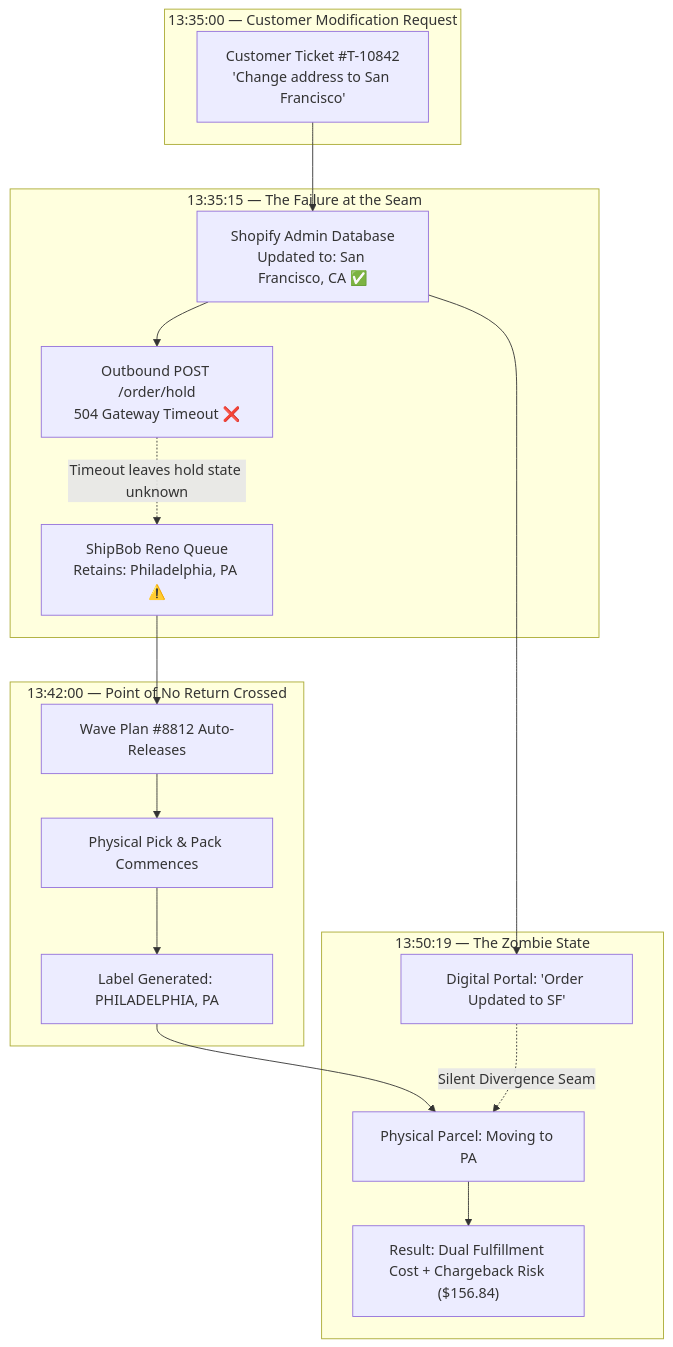
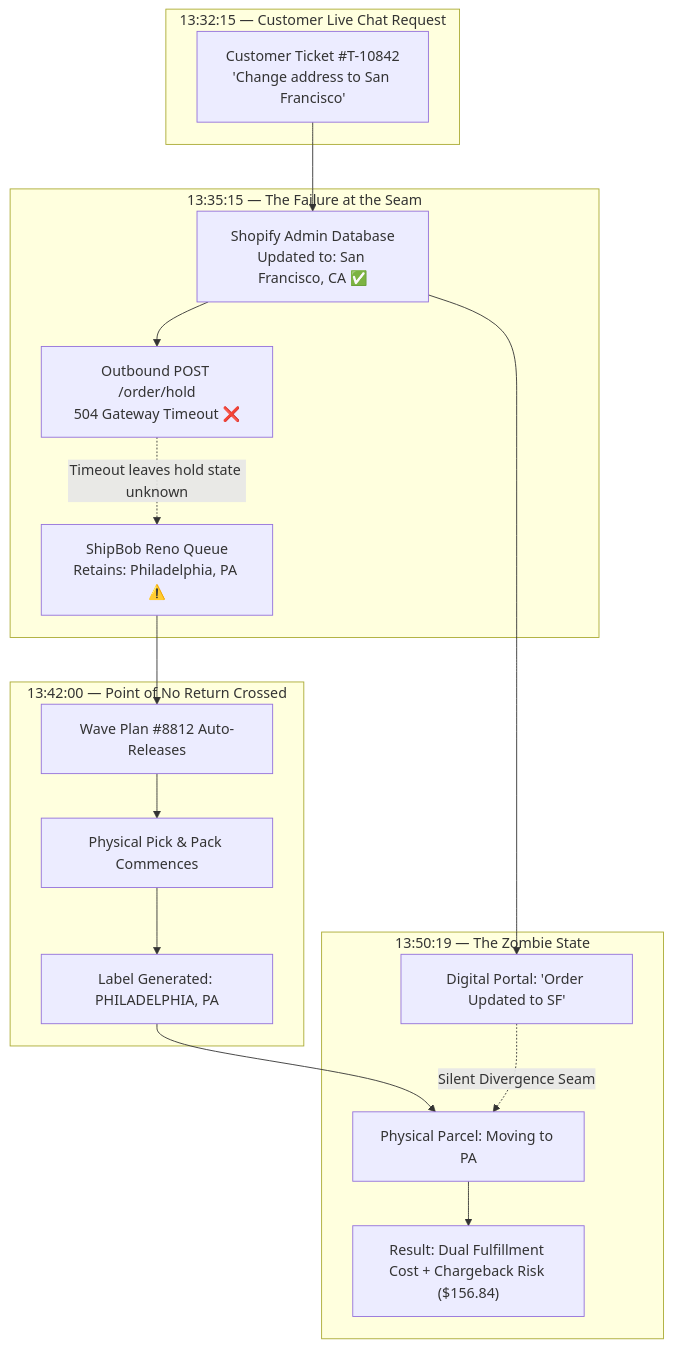
Before and after one commit to riovicsusas/portfolio: the first of 2 diagrams in capstone/MasterDossier-Capstone-AsynchronousOrderMutation.md, drawn with Mermaid. The commit also changed other lines of this file, not shown here.

````diff
--- a/capstone/MasterDossier-Capstone-AsynchronousOrderMutation.md
+++ b/capstone/MasterDossier-Capstone-AsynchronousOrderMutation.md
@@ -126,34 +126,34 @@
 ```mermaid
 flowchart TD
-    subgraph Trigger["13:35:00 — Customer Modification Request"]
+    subgraph Trigger["13:32:15 — Customer Live Chat Request"]
         CR["Customer Ticket #T-10842<br/>'Change address to San Francisco'"]
     end
 
     subgraph Seam["13:35:15 — The Failure at the Seam"]
         SA["Shopify Admin Database<br/>Updated to: San Francisco, CA ✅"]
         WH["Outbound POST /order/hold<br/>504 Gateway Timeout ❌"]
         WMS["ShipBob Reno Queue<br/>Retains: Philadelphia, PA ⚠️"]
     end
 
     subgraph Divergence["13:42:00 — Point of No Return Crossed"]
         Wave["Wave Plan #8812 Auto-Releases"]
         Pick["Physical Pick & Pack Commences"]
         Label["Label Generated: PHILADELPHIA, PA"]
     end
 
     subgraph Zombie["13:50:19 — The Zombie State"]
         Digital["Digital Portal: 'Order Updated to SF'"]
         Physical["Physical Parcel: Moving to PA"]
         Loss["Result: Dual Fulfillment Cost + Chargeback Risk ($156.84)"]
     end
 
     CR --> SA
     SA --> WH
     WH -.->|"Timeout leaves hold state unknown"| WMS
     WMS --> Wave
     Wave --> Pick --> Label
     Label --> Physical
     SA --> Digital
     Digital -.->|"Silent Divergence Seam"| Physical
     Physical --> Loss
 ```
````
